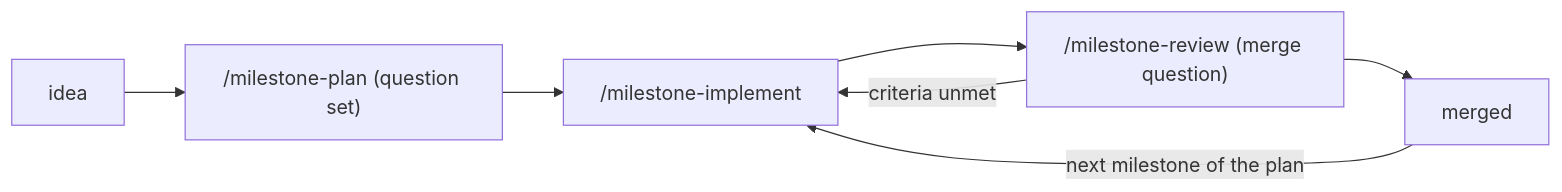
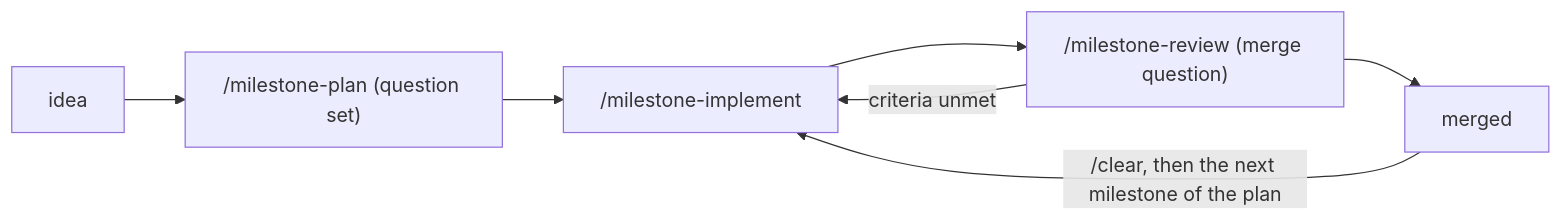
One commit to jmgirard/cairn changed the diagram in README.md. Above: the diagram before and after it, drawn with Mermaid. The commit also changed other lines of this file and 9 other files, not shown here.

Commit message:
hotfix: a merge ends the run, so each milestone starts after a /clear (D-148) (#216)

````diff
--- a/README.md
+++ b/README.md
@@ -255,9 +255,9 @@
 ```mermaid
 flowchart LR
     idea["idea"] --> plan["/milestone-plan (question set)"]
     plan --> implement["/milestone-implement"]
     implement --> review["/milestone-review (merge question)"]
     review --> merged["merged"]
     review -->|criteria unmet| implement
-    merged -->|next milestone of the plan| implement
+    merged -->|/clear, then the next milestone of the plan| implement
 ```
````
